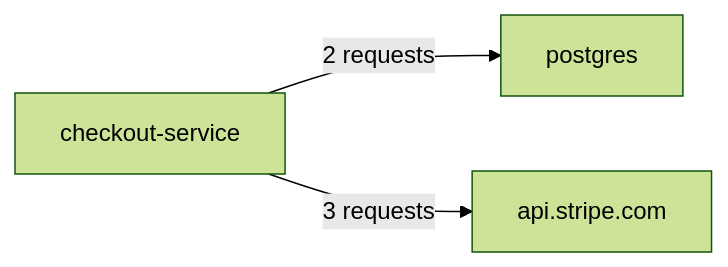
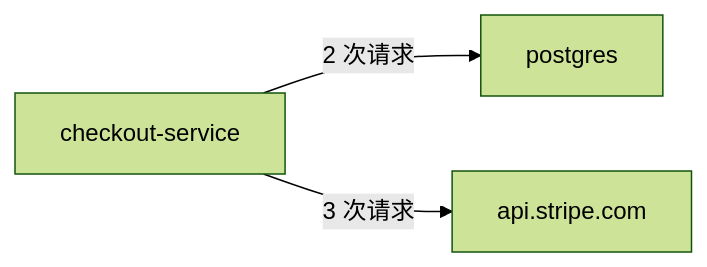
Before and after one commit to XiaoWeiKIN/Observability-Lab: the seventh of 13 diagrams in docs/datadog/inferred-services.md, drawn with Mermaid (forest theme). The commit also changed other lines of this file, not shown here.

````diff
--- a/docs/datadog/inferred-services.md
+++ b/docs/datadog/inferred-services.md
@@ -330,6 +360,6 @@
-```mermaid
+~~~mermaid
 flowchart LR
     C[checkout-service]
-    C -->|2 requests| P[postgres]
-    C -->|3 requests| S[api.stripe.com]
-```
+    C -->|2 次请求| P[postgres]
+    C -->|3 次请求| S[api.stripe.com]
+~~~
````
